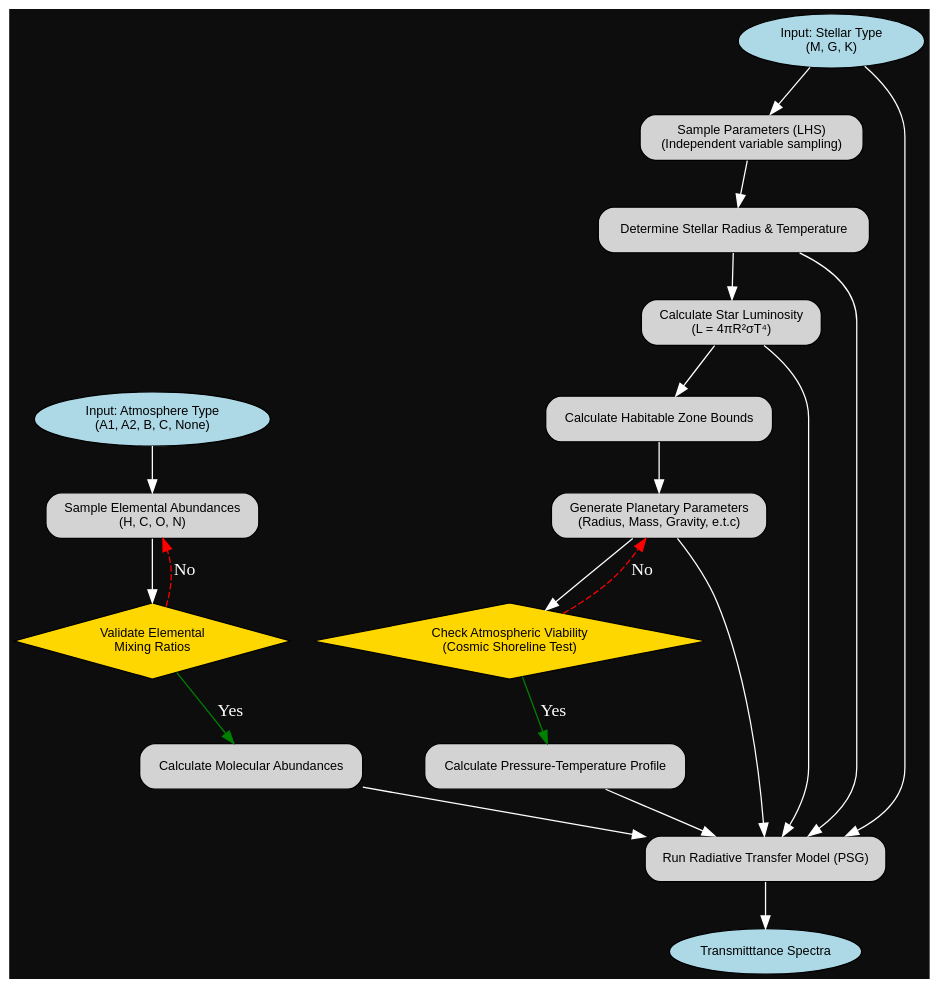
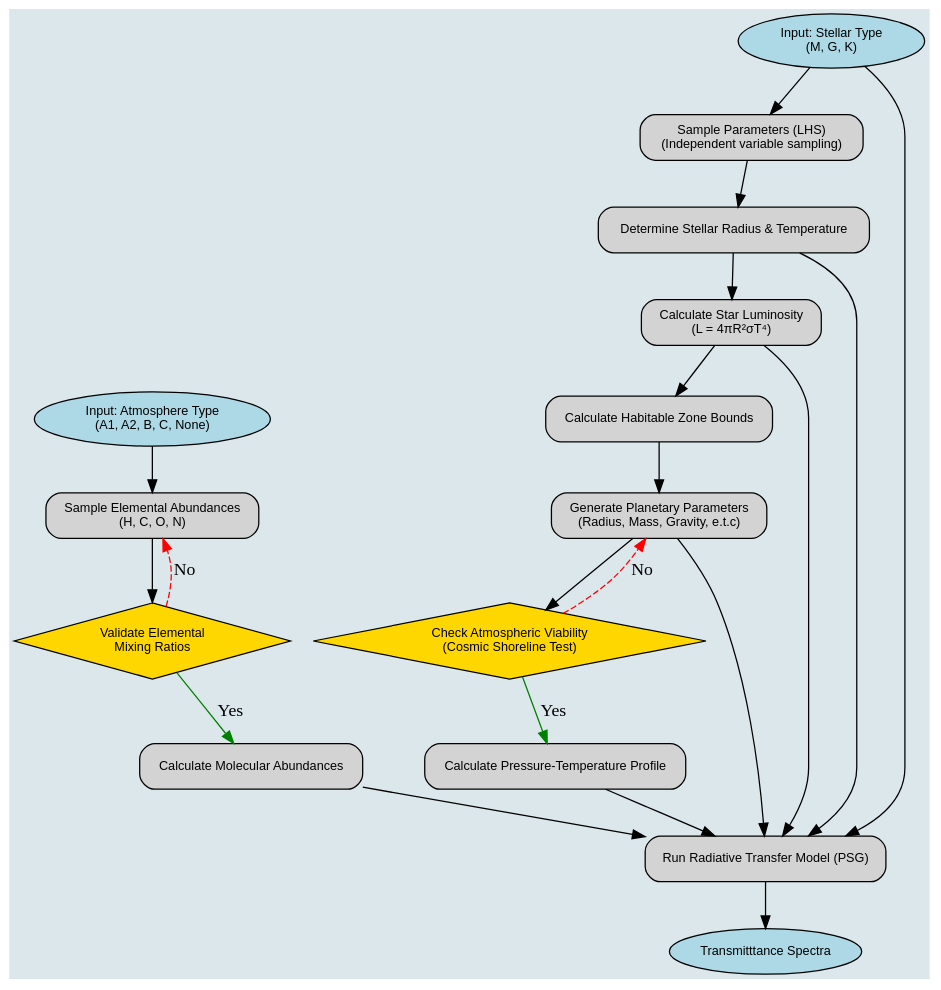
The diagram in visuals/dataGenerationProcess.dot (LordFurno/HyPCAR3), drawn with Graphviz before and after one commit. The commit also changed 22 other files, not shown here.

```diff
--- a/visuals/dataGenerationProcess.dot
+++ b/visuals/dataGenerationProcess.dot
@@ -1,68 +1,68 @@
 digraph dataGeneration {
     rankdir=TB; 
     fontname="Helvetica";
-    graph [bgcolor="#0d0d0d"];
+    graph [bgcolor="#DCE7EB"];
     node [fontname="Helvetica", fontsize=10];
 
     //Input/Output: shape=oval, fillcolor=lightblue
     // Process: shape="rectangle",style="rounded, filled", fillcolor=lightgrey
     //Decision/check : shape=diamond, style=filled, fillcolor=gold
 
     //Inputs:
     atmoType [label="Input: Atmosphere Type\n(A1, A2, B, C, None)",shape=oval,style="filled", fillcolor=lightblue];
     starType [label="Input: Stellar Type\n(M, G, K)",shape=oval,style="filled",fillcolor=lightblue];
 
     //Processes (right side):
     lhsSample [label="Sample Parameters (LHS)\n(Independent variable sampling)",shape="rectangle",style="rounded, filled", fillcolor=lightgrey];
     radTemp [label="Determine Stellar Radius & Temperature", shape="rectangle",style="rounded, filled", fillcolor=lightgrey];
     starLum [label="Calculate Star Luminosity\n(L = 4πR²σT⁴)", shape="rectangle",style="rounded, filled", fillcolor=lightgrey];
     smaBounds [label="Calculate Habitable Zone Bounds",shape="rectangle",style="rounded, filled", fillcolor=lightgrey];
     genPlanet [label="Generate Planetary Parameters\n(Radius, Mass, Gravity, e.t.c)",shape="rectangle",style="rounded, filled", fillcolor=lightgrey];
     pt [label="Calculate Pressure-Temperature Profile",shape="rectangle",style="rounded, filled", fillcolor=lightgrey];
 
     //Processes (left side):
     hconSample [label="Sample Elemental Abundances\n(H, C, O, N)",shape="rectangle",style="rounded, filled", fillcolor=lightgrey];
     calcAbundance [label="Calculate Molecular Abundances",shape="rectangle",style="rounded, filled", fillcolor=lightgrey];
 
     //Decisions:
     atmoCheck [label="Check Atmospheric Viability\n(Cosmic Shoreline Test)",shape=diamond, style=filled, fillcolor=gold];
     mixCheck [label="Validate Elemental\nMixing Ratios",shape=diamond, style=filled, fillcolor=gold];
     
     //Final process
     psg [label="Run Radiative Transfer Model (PSG)",shape="rectangle",style="rounded, filled", fillcolor=lightgrey];
 
     //Output
     spectra [label="Transmitttance Spectra",shape=oval,style="filled",fillcolor=lightblue]
 
     //Defining flow (right side):
-    starType -> lhsSample [color=white];
-    lhsSample -> radTemp [color=white];
-    radTemp -> starLum [color=white];
-    starLum -> smaBounds [color=white];
-    smaBounds -> genPlanet [color=white];
-    genPlanet -> atmoCheck [color=white];
+    starType -> lhsSample [color=black];
+    lhsSample -> radTemp [color=black];
+    radTemp -> starLum [color=black];
+    starLum -> smaBounds [color=black];
+    smaBounds -> genPlanet [color=black];
+    genPlanet -> atmoCheck [color=black];
 
     //Decisions
-    atmoCheck -> genPlanet [label="No", style=dashed, color=red,constraint=false,fontcolor=white];
-    atmoCheck -> pt [label="Yes",color=green,fontcolor=white];
+    atmoCheck -> genPlanet [label="No", style=dashed, color=red,constraint=false,fontcolor=black];
+    atmoCheck -> pt [label="Yes",color=green,fontcolor=black];
 
 
     //Defining flow (left side):
-    atmoType -> hconSample [color=white];
-    hconSample -> mixCheck [color=white];
+    atmoType -> hconSample [color=black];
+    hconSample -> mixCheck [color=black];
 
     //Decisions
-    mixCheck -> hconSample [label="No", style=dashed, color=red,constraint=false,fontcolor=white];
-    mixCheck -> calcAbundance [label="Yes",color=green,fontcolor=white];
+    mixCheck -> hconSample [label="No", style=dashed, color=red,constraint=false,fontcolor=black];
+    mixCheck -> calcAbundance [label="Yes",color=green,fontcolor=black];
 
     //Final flow
-    calcAbundance -> psg [color=white];
-    pt -> psg [color=white];
-    genPlanet -> psg [color=white];
-    radTemp -> psg [color=white];
-    starLum -> psg [color=white];
-    starType -> psg [color=white];
-    psg -> spectra [color=white];
+    calcAbundance -> psg [color=black];
+    pt -> psg [color=black];
+    genPlanet -> psg [color=black];
+    radTemp -> psg [color=black];
+    starLum -> psg [color=black];
+    starType -> psg [color=black];
+    psg -> spectra [color=black];
 
 
 }
```
